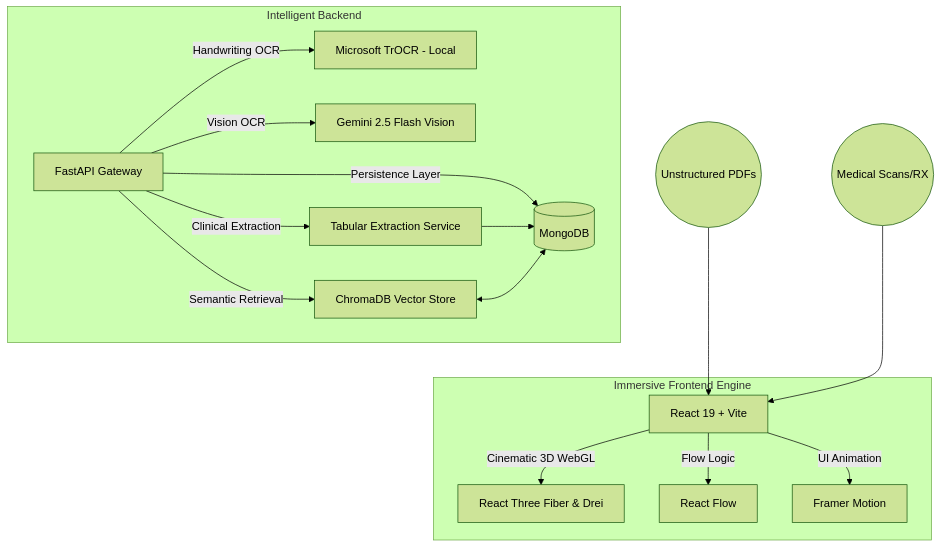
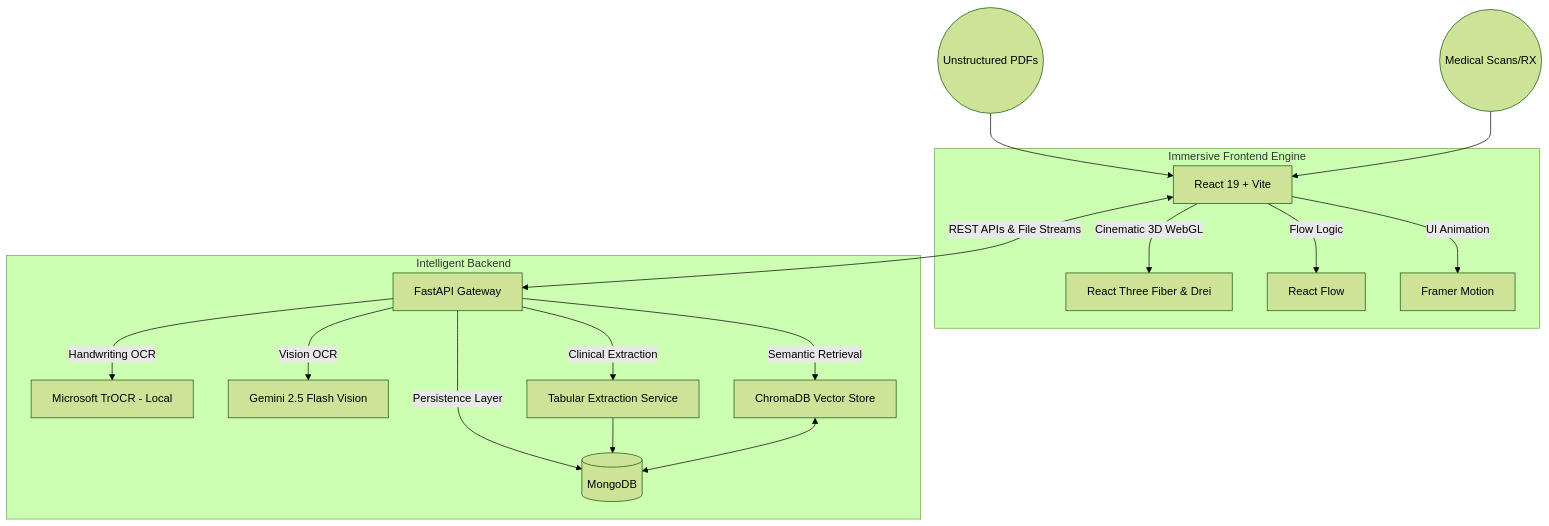
The diagram in README.md (sarthaksingh02-sudo/TEST), drawn with Mermaid (forest theme) before and after one commit.

Commit message:
docs: fix mermaid architecture diagram logic flow

````diff
--- a/README.md
+++ b/README.md
@@ -32,22 +32,26 @@
 ```mermaid
 graph TD
     subgraph "Immersive Frontend Engine"
         UI[React 19 + Vite] -->|Cinematic 3D WebGL| R3F[React Three Fiber & Drei]
         UI -->|Flow Logic| RF[React Flow]
         UI -->|UI Animation| FM[Framer Motion]
     end
 
     subgraph "Intelligent Backend"
         API[FastAPI Gateway] -->|Handwriting OCR| TrOCR[Microsoft TrOCR - Local]
         API -->|Vision OCR| GV[Gemini 2.5 Flash Vision]
         API -->|Semantic Retrieval| Chroma[ChromaDB Vector Store]
         API -->|Clinical Extraction| Tabular[Tabular Extraction Service]
         
         API -->|Persistence Layer| Mongo[(MongoDB)]
     end
 
     PDF((Unstructured PDFs)) --> UI
     Images((Medical Scans/RX)) --> UI
+    
+    %% Cross-System Flow
+    UI <-->|REST APIs & File Streams| API
+    
     Tabular --> Mongo
     Chroma <--> Mongo
 ```
````
